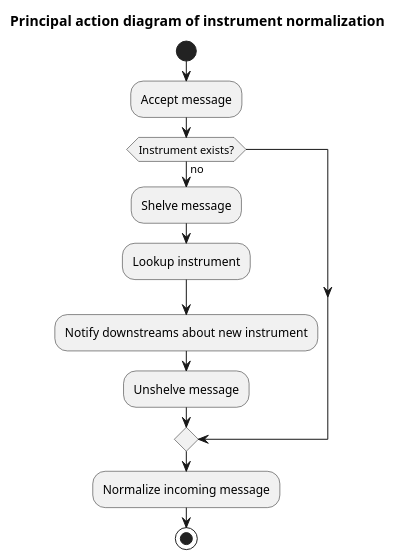
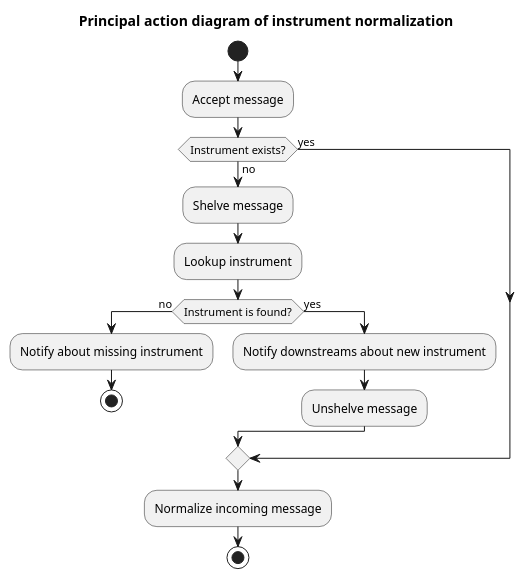
Before and after one commit to limitium/istrument-normalizer: the diagram in docs/design/src/2 Design/2-1 Action diagram/context.puml, drawn with PlantUML. The commit also changed 25 other files, not shown here.

```diff
--- a/docs/design/src/2 Design/2-1 Action diagram/context.puml
+++ b/docs/design/src/2 Design/2-1 Action diagram/context.puml
@@ -1,13 +1,19 @@
 @startuml
 title Principal action diagram of instrument normalization
 start
 :Accept message;
 if (Instrument exists?) then (no)
     :Shelve message;
     :Lookup instrument;
-    :Notify downstreams about new instrument;
-    :Unshelve message;
+    if (Instrument is found?) then (no)
+        :Notify about missing instrument;
+        STOP
+    else (yes)
+        :Notify downstreams about new instrument;
+        :Unshelve message; 
+    endif 
+else (yes)    
 endif
 :Normalize incoming message;
 STOP
 @enduml
```
